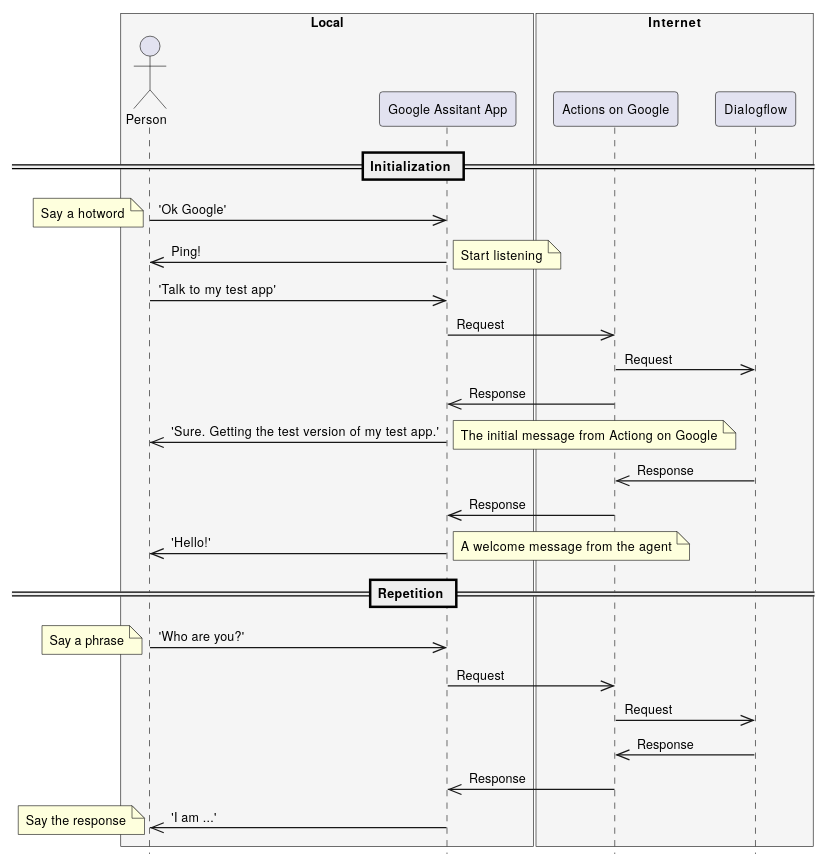
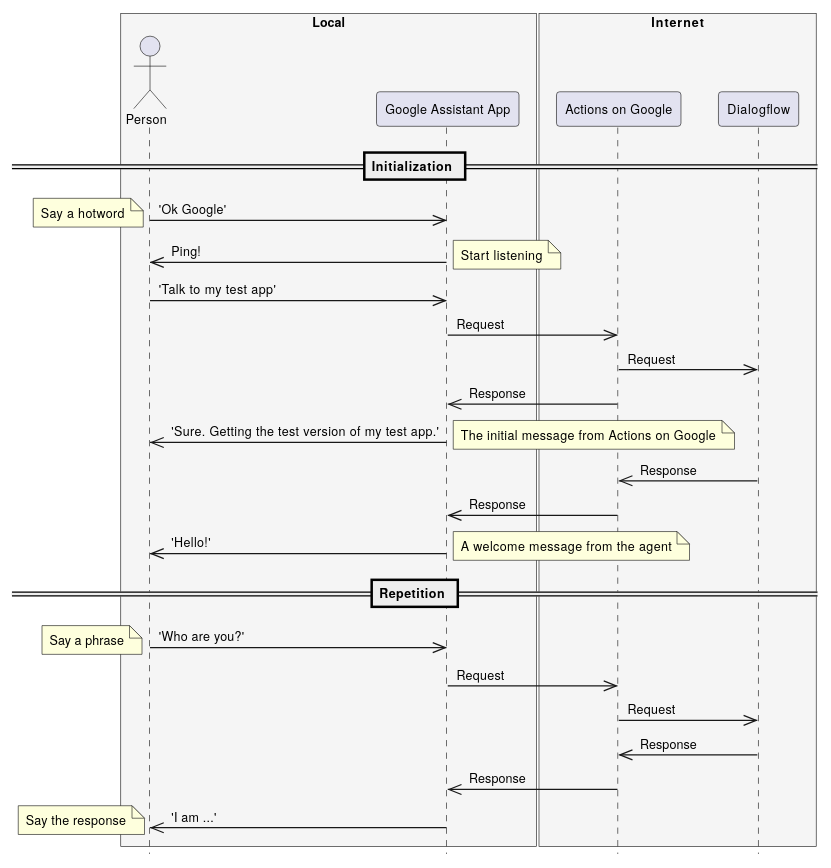
The second of 4 diagrams in dialogflow.md (kotobuki/Hardware-Sketching-Workshop-in-Taipei), drawn with PlantUML before and after one commit. The commit also changed other lines of this file and 2 other files, not shown here.

````diff
--- a/dialogflow.md
+++ b/dialogflow.md
@@ -82,45 +92,45 @@
 ```plantuml
 @startuml
 hide footbox
 skinparam defaultFontName Helvetica Neue
 skinparam DefaultFontSize 10
 skinparam Shadowing false
 skinparam ParticipantPadding 10
 
 box "Local" #WhiteSmoke
 actor Person
-participant "Google Assitant App" as App
+participant "Google Assistant App" as App
 end box
 
 box "Internet" #WhiteSmoke
 participant "Actions on Google" as AoG
 participant "Dialogflow" as Dialogflow
 end box
 
 == Initialization ==
 Person ->> App : 'Ok Google'
 note left: Say a hotword
 App ->> Person : Ping!
 note right: Start listening
 Person ->> App : 'Talk to my test app'
 App ->> AoG : Request
 AoG ->> Dialogflow : Request
 AoG ->> App : Response
 App ->> Person : 'Sure. Getting the test version of my test app.'
-note right: The initial message from Actiong on Google
+note right: The initial message from Actions on Google
 Dialogflow ->> AoG : Response
 AoG ->> App : Response
 App ->> Person : 'Hello!'
 note right: A welcome message from the agent
 
 == Repetition ==
 Person ->> App : 'Who are you?'
 note left: Say a phrase
 App ->> AoG : Request
 AoG ->> Dialogflow : Request
 Dialogflow ->> AoG : Response
 AoG ->> App : Response
 App ->> Person : 'I am ...'
 note left: Say the response
 @enduml
 ```
````
